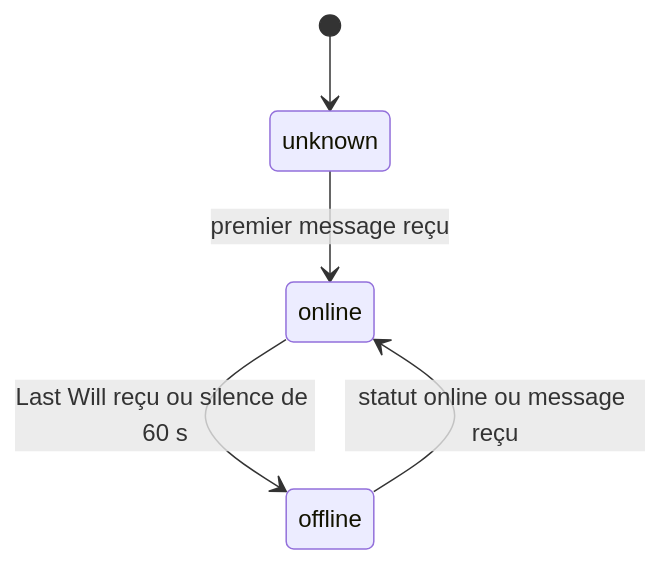
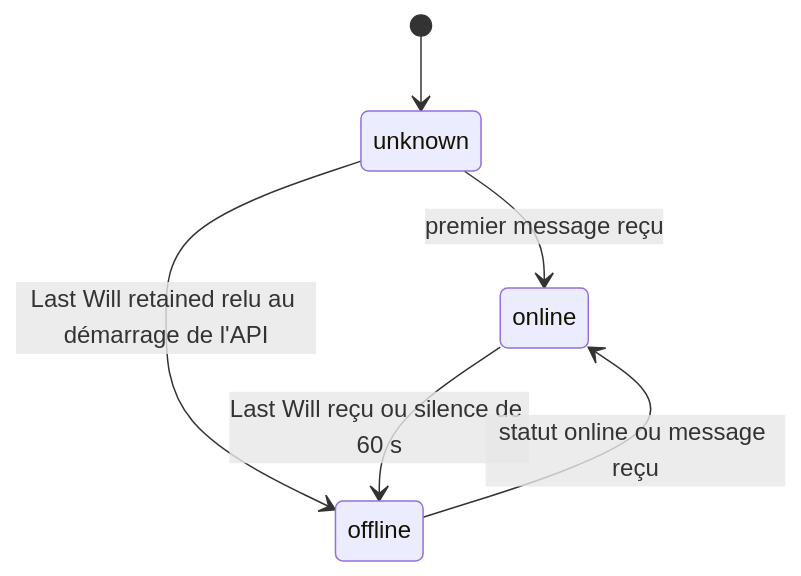
Before and after one commit to SamuelLnds/proj-app-mobile-co: diagram 11 of 13 in docs/conception/02-uml.md, drawn with Mermaid. The commit also changed other lines of this file and 9 other files, not shown here.

````diff
--- a/docs/conception/02-uml.md
+++ b/docs/conception/02-uml.md
@@ -490,7 +490,8 @@
 ```mermaid
 stateDiagram-v2
   [*] --> unknown
   unknown --> online : premier message reçu
+  unknown --> offline : Last Will retained relu au démarrage de l'API
   online --> offline : Last Will reçu ou silence de 60 s
   offline --> online : statut online ou message reçu
 ```
````
